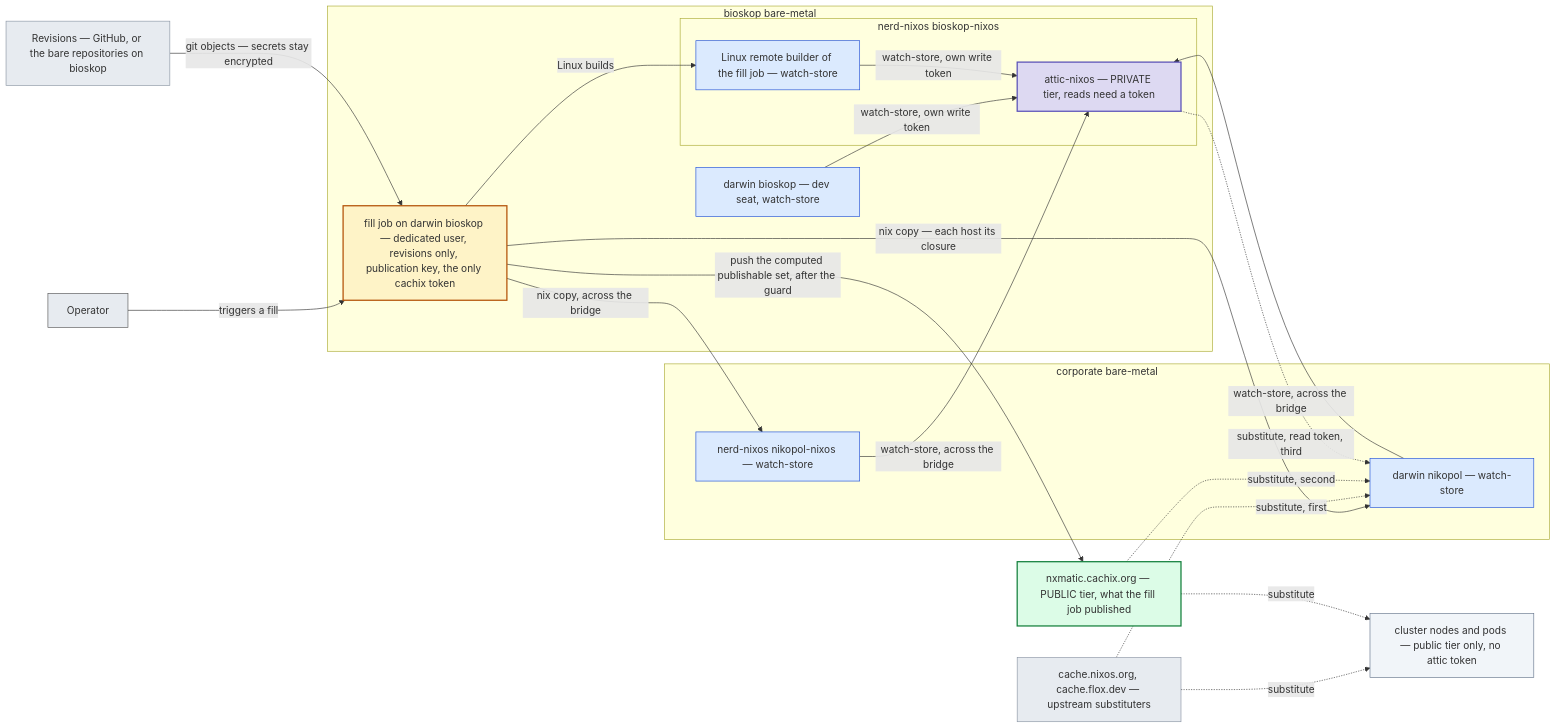
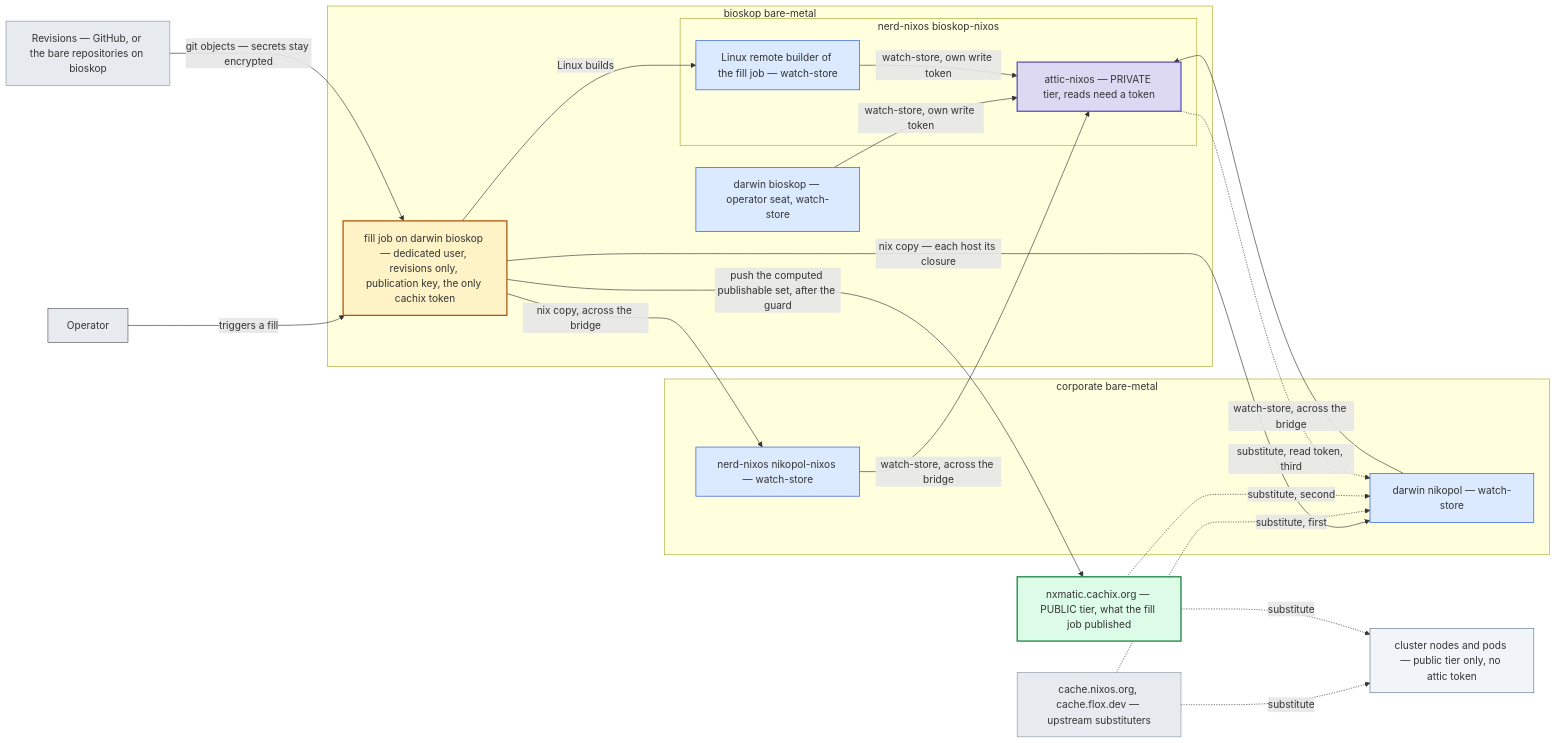
One commit to seedmatic/ndh changed the first of 12 diagrams in docs/private-binary-cache-spec.adoc. Above: the diagram before and after it, drawn with Mermaid. The commit also changed other lines of this file and 47 other files, not shown here.

```diff
--- a/docs/private-binary-cache-spec.adoc
+++ b/docs/private-binary-cache-spec.adoc
@@ -152,43 +152,43 @@
 [mermaid]
 ....
 flowchart LR
   op["Operator"]:::person
   gh["Revisions — GitHub, or the bare repositories on bioskop"]:::ext
   up["cache.nixos.org, cache.flox.dev — upstream substituters"]:::ext
   cx["nxmatic.cachix.org — PUBLIC tier, what the fill job published"]:::pub
 
   subgraph BIOSKOP["bioskop bare-metal"]
     dj["fill job on darwin bioskop — dedicated user, revisions only, publication key, the only cachix token"]:::builder
-    dB["darwin bioskop — dev seat, watch-store"]:::host
+    dB["darwin bioskop — operator seat, watch-store"]:::host
     subgraph NN_B["nerd-nixos bioskop-nixos"]
       lb["Linux remote builder of the fill job — watch-store"]:::host
       attic["attic-nixos — PRIVATE tier, reads need a token"]:::cache
     end
   end
   subgraph NIKOPOL["corporate bare-metal"]
     dN["darwin nikopol — watch-store"]:::host
     nN["nerd-nixos nikopol-nixos — watch-store"]:::host
   end
   cl["cluster nodes and pods — public tier only, no attic token"]:::none
 
   op -->|"triggers a fill"| dj
   gh -->|"git objects — secrets stay encrypted"| dj
   dj -->|"Linux builds"| lb
   dj -->|"push the computed publishable set, after the guard"| cx
   dj -->|"nix copy — each host its closure"| dN
   dj -->|"nix copy, across the bridge"| nN
   dB & lb -->|"watch-store, own write token"| attic
   dN & nN -->|"watch-store, across the bridge"| attic
   up -.->|"substitute, first"| dN
   cx -.->|"substitute, second"| dN
   attic -.->|"substitute, read token, third"| dN
   up & cx -.->|"substitute"| cl
 
   classDef person fill:#e7ebf0,stroke:#555;
   classDef ext fill:#e7ebf0,stroke:#8a94a3;
   classDef pub fill:#dcfce7,stroke:#15803d,stroke-width:2px;
   classDef host fill:#dbeafe,stroke:#1d4ed8;
   classDef builder fill:#fef3c7,stroke:#b45309,stroke-width:2px;
   classDef cache fill:#ddd9f2,stroke:#5b52b8,stroke-width:2px;
   classDef none fill:#f1f5f9,stroke:#64748b;
 ....
```
